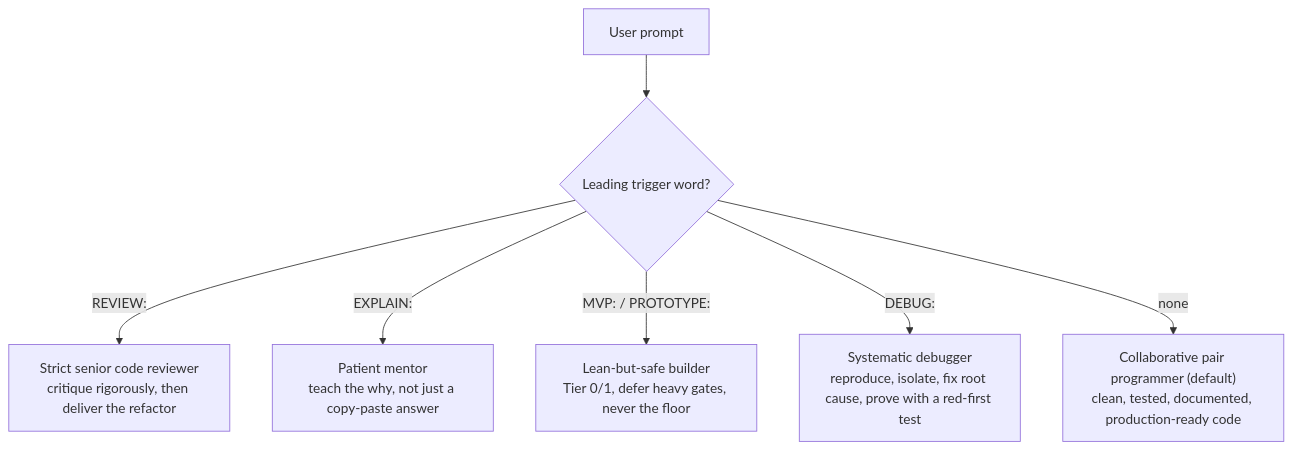
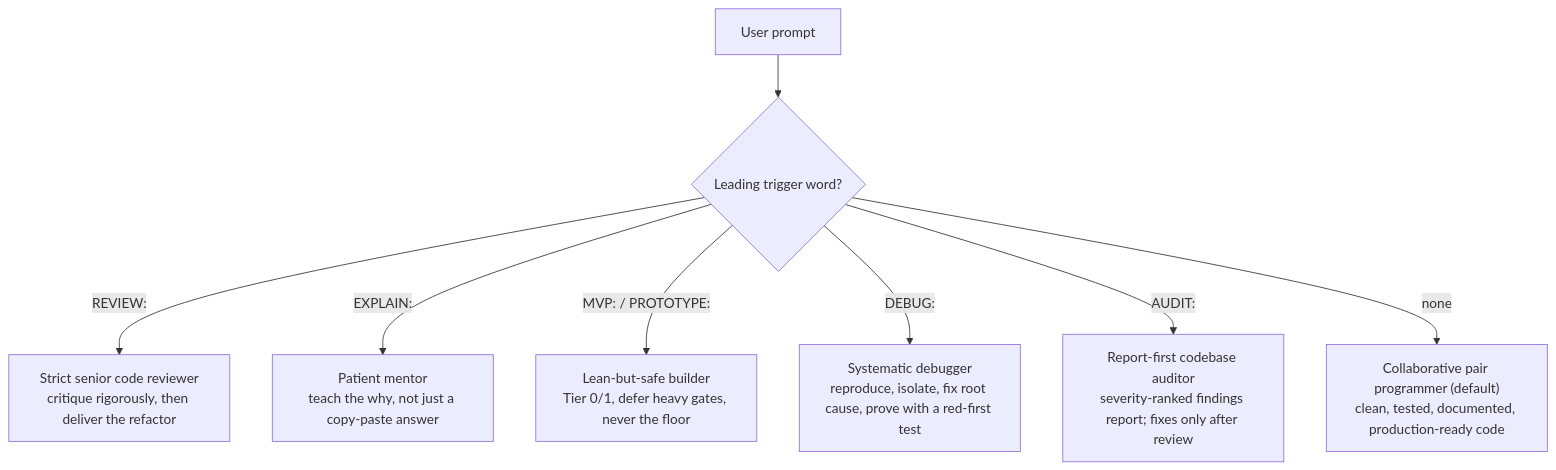
The second of 3 diagrams in docs-site/content/skills/senior-engineering-partner/README.md (paulchangmckay/brain), drawn with Mermaid before and after one commit. The commit also changed other lines of this file and 45 other files, not shown here.

````diff
--- a/docs-site/content/skills/senior-engineering-partner/README.md
+++ b/docs-site/content/skills/senior-engineering-partner/README.md
@@ -104,9 +136,10 @@
 ```mermaid
 flowchart TD
     P[User prompt] --> Q{Leading trigger word?}
     Q -->|"REVIEW:"| R["Strict senior code reviewer<br/>critique rigorously, then deliver the refactor"]
     Q -->|"EXPLAIN:"| E["Patient mentor<br/>teach the why, not just a copy-paste answer"]
     Q -->|"MVP: / PROTOTYPE:"| M["Lean-but-safe builder<br/>Tier 0/1, defer heavy gates, never the floor"]
     Q -->|"DEBUG:"| G["Systematic debugger<br/>reproduce, isolate, fix root cause, prove with a red-first test"]
+    Q -->|"AUDIT:"| A["Report-first codebase auditor<br/>severity-ranked findings report; fixes only after review"]
     Q -->|none| D["Collaborative pair programmer (default)<br/>clean, tested, documented, production-ready code"]
 ```
````
